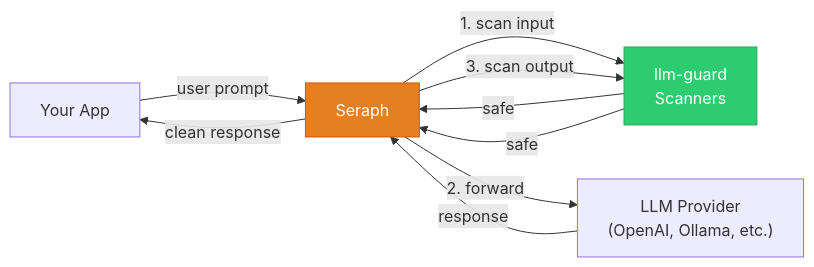
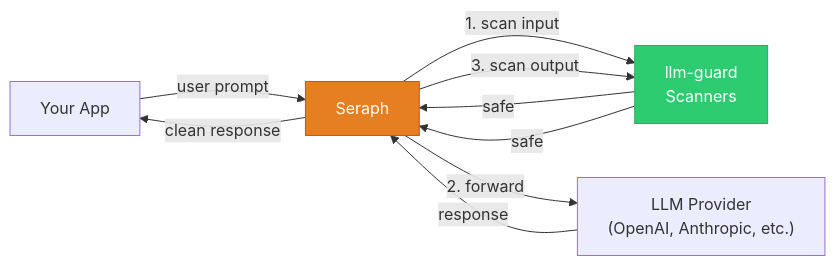
Before and after one commit to 0x0pointer/seraph: the first of 2 diagrams in README.md, drawn with Mermaid. The commit also changed other lines of this file and 1 other file, not shown here.

First line of the commit message:
docs: rewrite README for proxy-only architecture

````diff
--- a/README.md
+++ b/README.md
@@ -16,14 +20,14 @@
 ```mermaid
 flowchart LR
     App["Your App"] -->|"user prompt"| Seraph
     Seraph -->|"1. scan input"| S["llm-guard\nScanners"]
     S -->|"safe"| Seraph
-    Seraph -->|"2. forward"| LLM["LLM Provider\n(OpenAI, Ollama, etc.)"]
+    Seraph -->|"2. forward"| LLM["LLM Provider\n(OpenAI, Anthropic, etc.)"]
     LLM -->|"response"| Seraph
     Seraph -->|"3. scan output"| S
     S -->|"safe"| Seraph
     Seraph -->|"clean response"| App
 
     style Seraph fill:#e67e22,stroke:#d35400,color:#fff
     style S fill:#2ecc71,stroke:#27ae60,color:#fff
 ```
````
